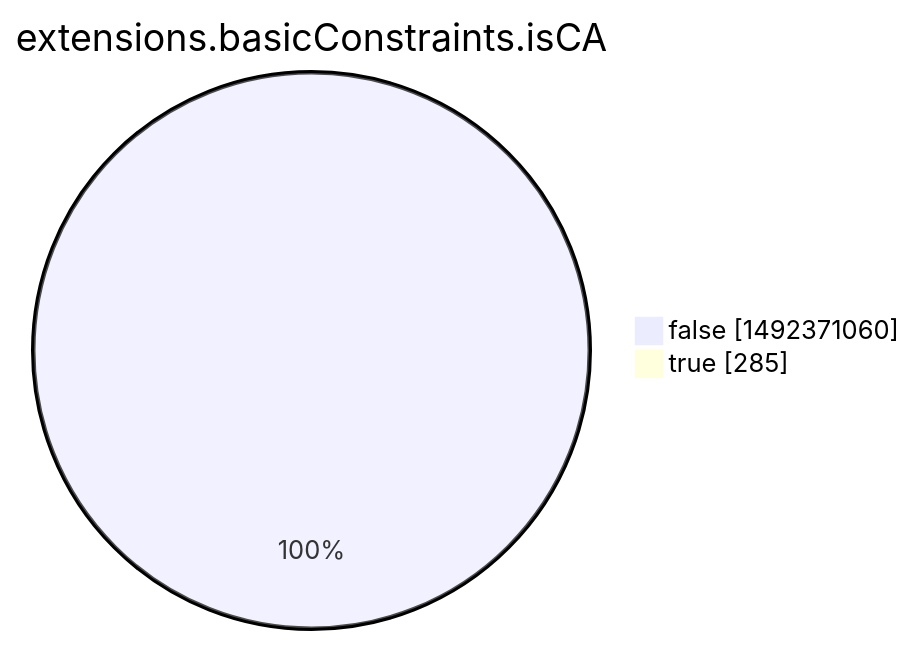
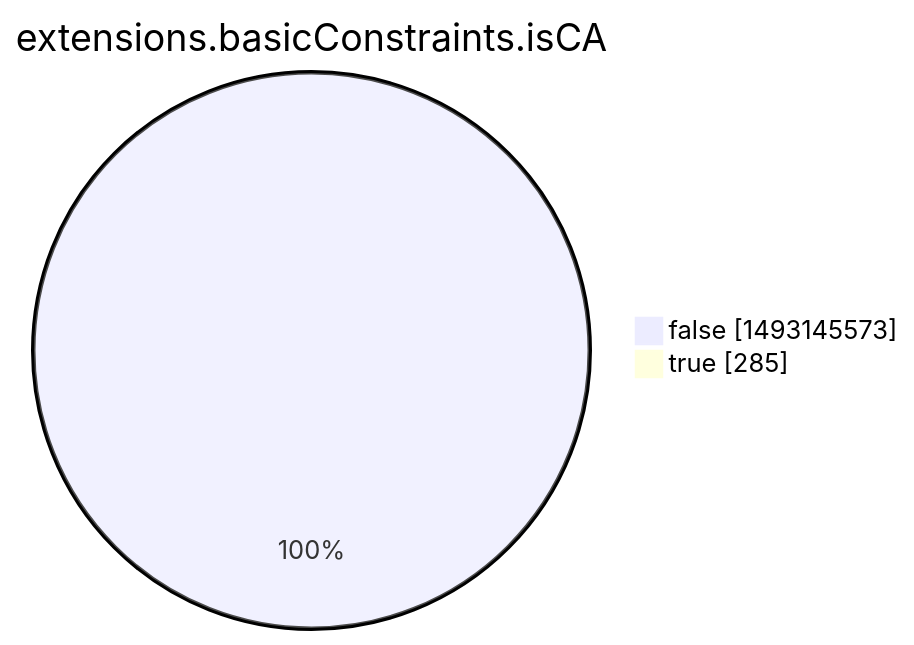
One commit to christiankrug/ctmonitor_visualization changed the eighth of 15 diagrams in xenon2022/README.md. Above: the diagram before and after it, drawn with Mermaid. The commit also changed other lines of this file, not shown here.

````diff
--- a/xenon2022/README.md
+++ b/xenon2022/README.md
@@ -2852,6 +2852,6 @@
 ```mermaid
 pie showData
 title extensions.basicConstraints.isCA
-"false" :1492371060
+"false" :1493145573
 "true" :285
 ```
````
